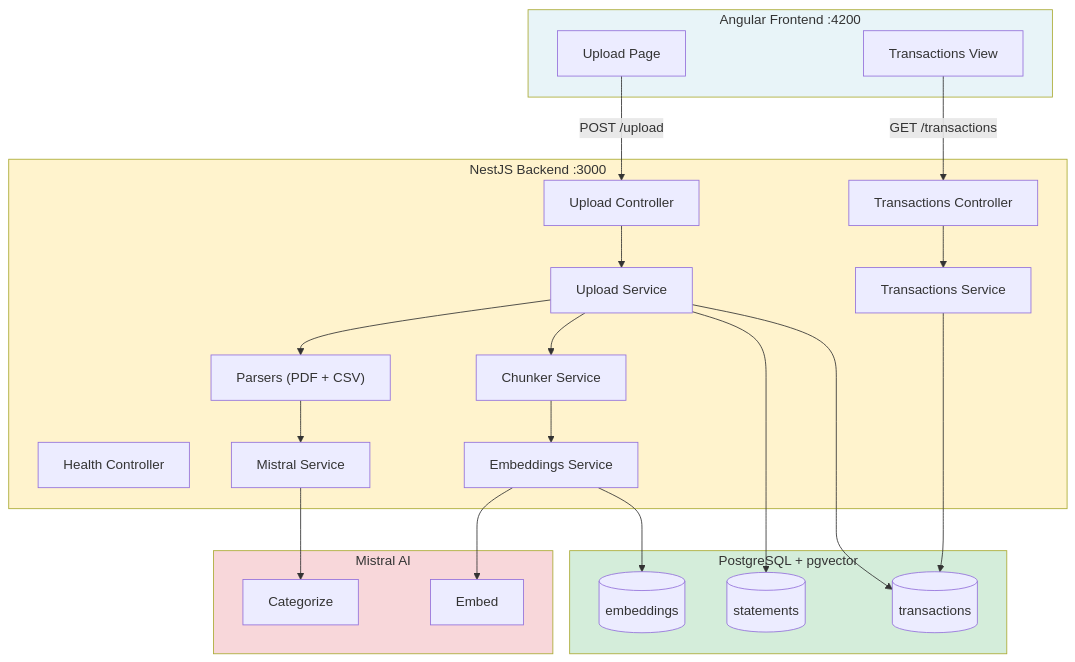
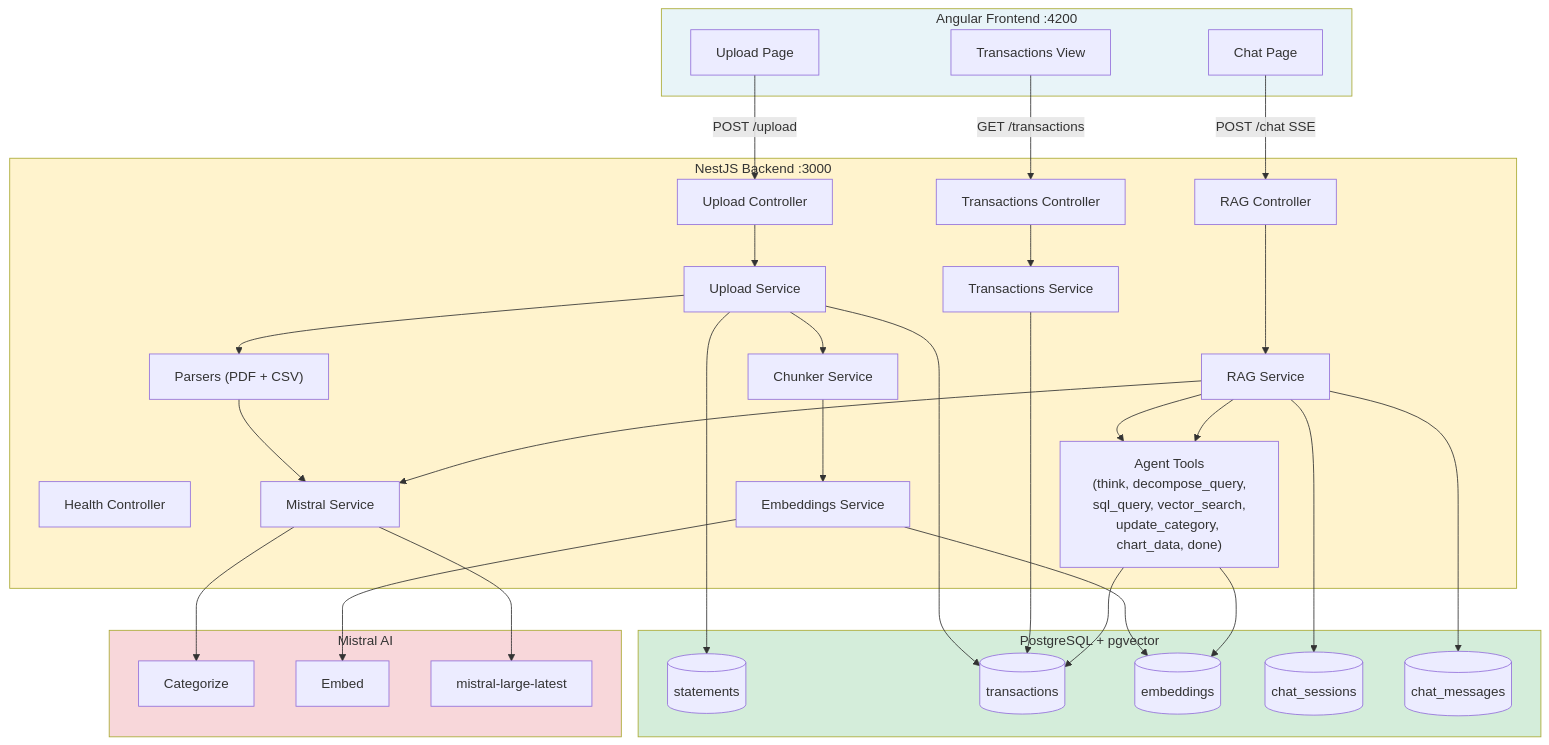
The diagram in README.md (darth-dodo/ledger), drawn with Mermaid before and after one commit. The commit also changed other lines of this file and 72 other files, not shown here.

First line of the commit message:
feat: M5 RAG Chat with Agentic ReAct Loop + Adaptive Query Decomposition (#6)

````diff
--- a/README.md
+++ b/README.md
@@ -50,46 +57,59 @@
 ```mermaid
 graph TB
     subgraph Frontend ["Angular Frontend :4200"]
         UP[Upload Page]
         TX[Transactions View]
+        CH[Chat Page]
     end
 
     subgraph Backend ["NestJS Backend :3000"]
         UC[Upload Controller]
         TC[Transactions Controller]
+        RC[RAG Controller]
         HC[Health Controller]
 
         US[Upload Service]
         PS["Parsers (PDF + CSV)"]
         MS[Mistral Service]
         CS[Chunker Service]
         ES[Embeddings Service]
         TS[Transactions Service]
+        RS[RAG Service]
+        AG["Agent Tools\n(think, decompose_query,\nsql_query, vector_search,\nupdate_category, chart_data, done)"]
     end
 
     subgraph Data ["PostgreSQL + pgvector"]
         ST[(statements)]
         TT[(transactions)]
         EM[(embeddings)]
+        SS[(chat_sessions)]
+        SM[(chat_messages)]
     end
 
     subgraph External ["Mistral AI"]
         CAT[Categorize]
         EMB[Embed]
+        LLM[mistral-large-latest]
     end
 
     UP -->|POST /upload| UC
     TX -->|GET /transactions| TC
+    CH -->|POST /chat SSE| RC
 
     UC --> US --> PS --> MS --> CAT
     US --> CS --> ES --> EMB
     US --> ST
     US --> TT
     ES --> EM
     TC --> TS --> TT
+    RC --> RS --> MS --> LLM
+    RS --> AG --> TT
+    RS --> AG --> EM
+    RS --> SS
+    RS --> SM
 
     style Frontend fill:#e8f4f8
     style Backend fill:#fff3cd
     style Data fill:#d4edda
     style External fill:#f8d7da
 ```
````
